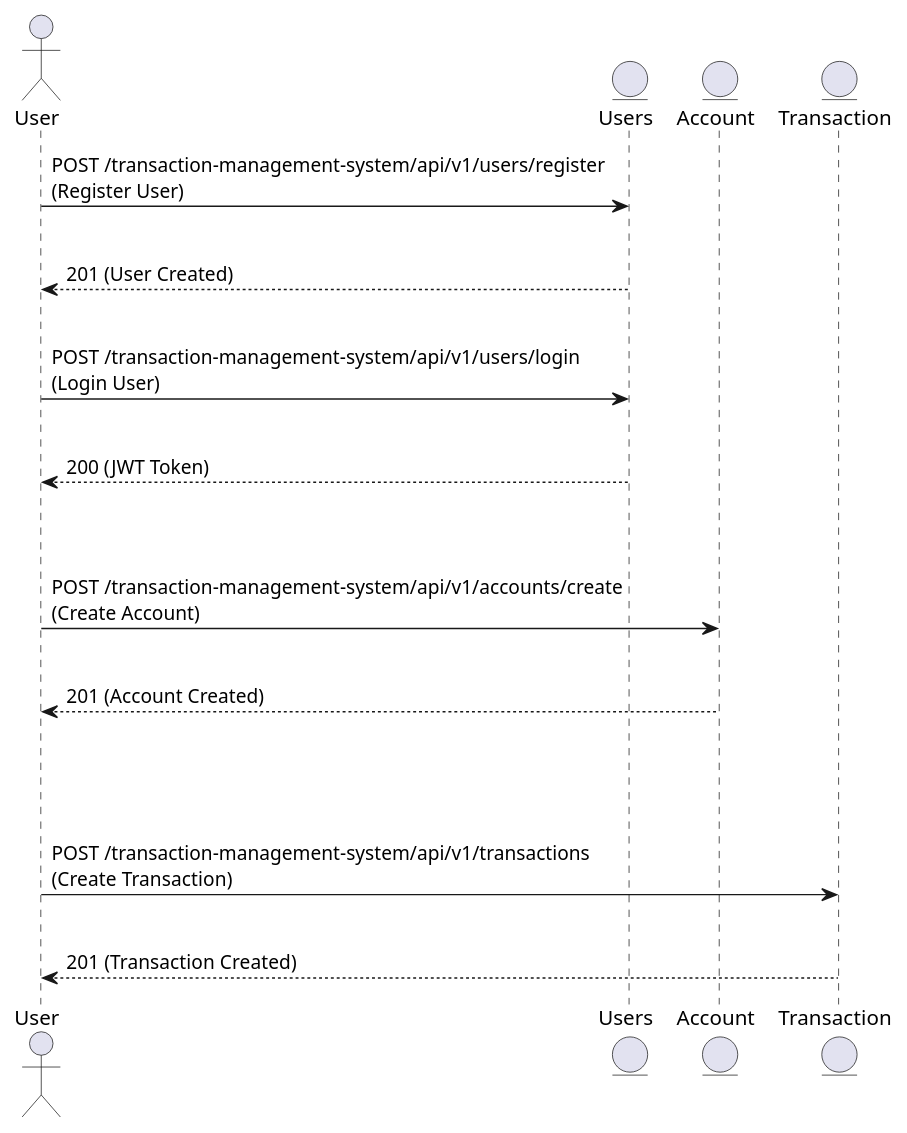
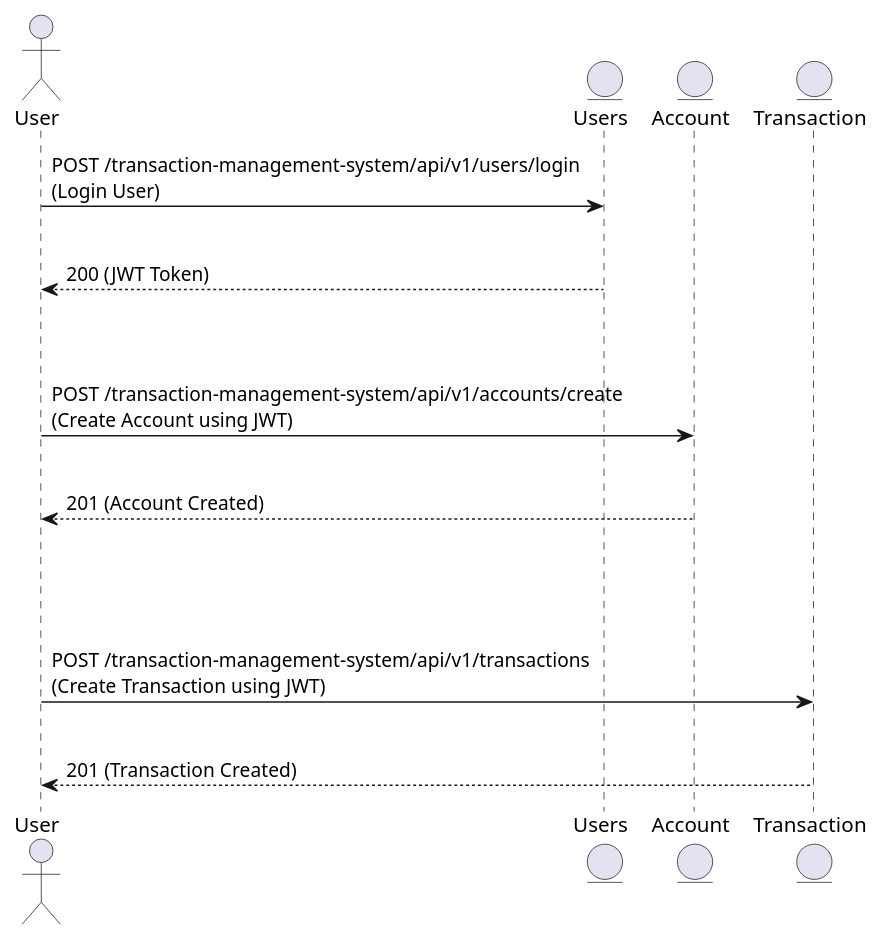
The diagram in transaction-management-system-doc/flows/createTransaction.puml (LuigiSandu/transaction-management-system), drawn with PlantUML before and after one commit. The commit also changed 6 other files, not shown here.

```diff
--- a/transaction-management-system-doc/flows/createTransaction.puml
+++ b/transaction-management-system-doc/flows/createTransaction.puml
@@ -1,27 +1,23 @@
 @startuml
 
 actor User
 entity "Users" as Users
 entity "Account" as Account
 entity "Transaction" as Transaction
 
-User -> Users : POST /transaction-management-system/api/v1/users/register\n(Register User)
-|||
-Users --> User : 201 (User Created)
-|||
 User -> Users : POST /transaction-management-system/api/v1/users/login\n(Login User)
 |||
 Users --> User : 200 (JWT Token)
 |||
 |||
-User -> Account : POST /transaction-management-system/api/v1/accounts/create\n(Create Account)
+User -> Account : POST /transaction-management-system/api/v1/accounts/create\n(Create Account using JWT)
 |||
 Account --> User : 201 (Account Created)
 |||
 |||
 |||
-User -> Transaction : POST /transaction-management-system/api/v1/transactions\n(Create Transaction)
+User -> Transaction : POST /transaction-management-system/api/v1/transactions\n(Create Transaction using JWT)
 |||
 Transaction --> User : 201 (Transaction Created)
 
 @enduml
```
